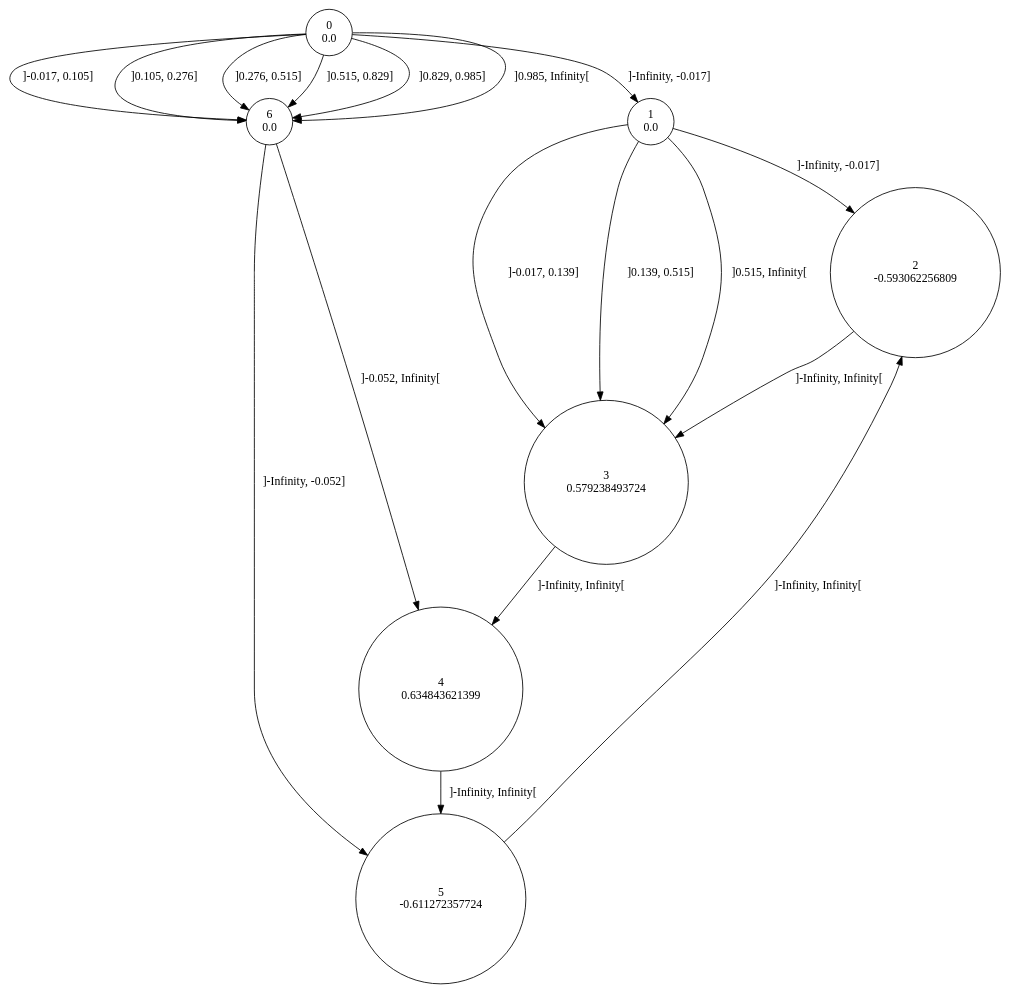
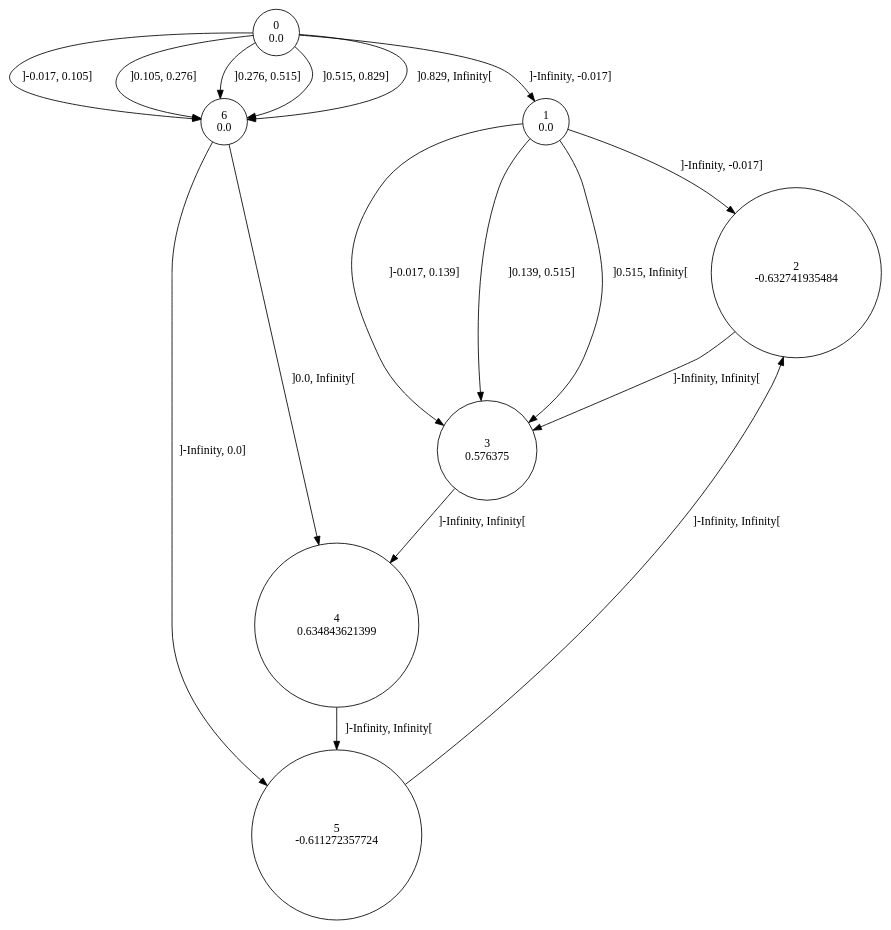
Before and after one commit to gllpellegrino/RAI_experiments: the diagram in sinus/data/7/rtitm.dot, drawn with Graphviz. The commit also changed 14 other files, not shown here.

```diff
--- a/sinus/data/7/rtitm.dot
+++ b/sinus/data/7/rtitm.dot
@@ -1,26 +1,25 @@
 digraph a {
 0 [shape=circle, label="0\n0.0"];
 	0->1 [ label="]-Infinity, -0.017]"];
 	0->6 [ label="]-0.017, 0.105]"];
 	0->6 [ label="]0.105, 0.276]"];
 	0->6 [ label="]0.276, 0.515]"];
 	0->6 [ label="]0.515, 0.829]"];
-	0->6 [ label="]0.829, 0.985]"];
-	0->6 [ label="]0.985, Infinity["];
+	0->6 [ label="]0.829, Infinity["];
 1 [shape=circle, label="1\n0.0"];
 	1->2 [ label="]-Infinity, -0.017]"];
 	1->3 [ label="]-0.017, 0.139]"];
 	1->3 [ label="]0.139, 0.515]"];
 	1->3 [ label="]0.515, Infinity["];
-2 [shape=circle, label="2\n-0.593062256809"];
+2 [shape=circle, label="2\n-0.632741935484"];
 	2->3 [ label="]-Infinity, Infinity["];
-3 [shape=circle, label="3\n0.579238493724"];
+3 [shape=circle, label="3\n0.576375"];
 	3->4 [ label="]-Infinity, Infinity["];
 4 [shape=circle, label="4\n0.634843621399"];
 	4->5 [ label="]-Infinity, Infinity["];
 5 [shape=circle, label="5\n-0.611272357724"];
 	5->2 [ label="]-Infinity, Infinity["];
 6 [shape=circle, label="6\n0.0"];
-	6->5 [ label="]-Infinity, -0.052]"];
-	6->4 [ label="]-0.052, Infinity["];
+	6->5 [ label="]-Infinity, 0.0]"];
+	6->4 [ label="]0.0, Infinity["];
 }
```
